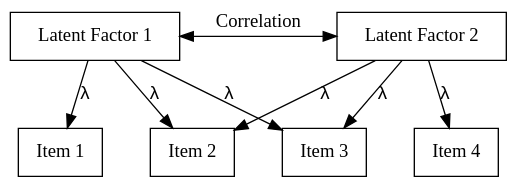
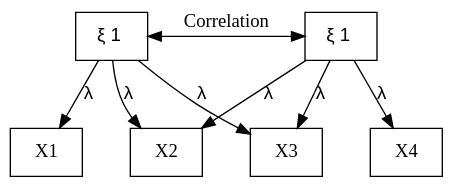
One commit to kevinli03/pspe changed the diagram in latent/multiplefac.qmd. Above: the diagram before and after it, drawn with Graphviz. The commit also changed other lines of this file and 66 other files, not shown here.

````diff
--- a/latent/multiplefac.qmd
+++ b/latent/multiplefac.qmd
@@ -12,26 +12,26 @@
 ```{dot}
 //| fig-width: 5
 //| fig-height: 1.4
 digraph example2 {
   bgcolor="transparent";
   // Nodes
-  F1 [shape=box, pos = "0,0!", label="Latent Factor 1"]
-  F2 [shape=box, pos = "0,0!", label="Latent Factor 2"]
-  X1 [shape=box, pos = "2,0!", label="Item 1"]
-  X2 [shape=box, pos = "1,-2!", label="Item 2"]
-  X3 [shape=box, pos="1,0!", label="Item 3"]
-  X4 [shape=box, pos="1,0!", label="Item 4"]
+  F1 [shape=box, label=<<FONT FACE="Helvetica">&xi; 1</FONT>>]
+  F2 [shape=box, label=<<FONT FACE="Helvetica">&xi; 1</FONT>>]
+  X1 [shape=box, pos = "2,0!", label="X1"]
+  X2 [shape=box, pos = "1,-2!", label="X2"]
+  X3 [shape=box, pos="1,0!", label="X3"]
+  X4 [shape=box, pos="1,0!", label="X4"]
 
   // Edges
-  {F1 -> X1 [label=<<FONT FACE="Arial">&lambda;</FONT>>]}
-  {F1 -> X2 [label=<<FONT FACE="Arial">&lambda;</FONT>>]}
-  {F1 -> X3 [label=<<FONT FACE="Arial">&lambda;</FONT>>]}
-  {F2 -> X2 [label=<<FONT FACE="Arial">&lambda;</FONT>>]}
-  {F2 -> X3 [label=<<FONT FACE="Arial">&lambda;</FONT>>]}
-  {F2 -> X4 [label=<<FONT FACE="Arial">&lambda;</FONT>>]}
+  {F1 -> X1 [label=<<FONT FACE="Helvetica">&lambda;</FONT>>]}
+  {F1 -> X2 [label=<<FONT FACE="Helvetica">&lambda;</FONT>>]}
+  {F1 -> X3 [label=<<FONT FACE="Helvetica">&lambda;</FONT>>]}
+  {F2 -> X2 [label=<<FONT FACE="Helvetica">&lambda;</FONT>>]}
+  {F2 -> X3 [label=<<FONT FACE="Helvetica">&lambda;</FONT>>]}
+  {F2 -> X4 [label=<<FONT FACE="Helvetica">&lambda;</FONT>>]}
   {rank=same; F1 -> F2 [dir=both, label="Correlation"]}
   
   graph [nodesep=0.5, ranksep=0.5]
 
 }
 ```
````
